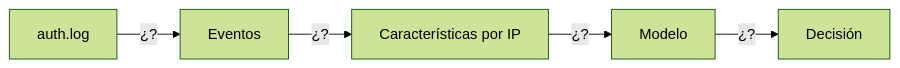
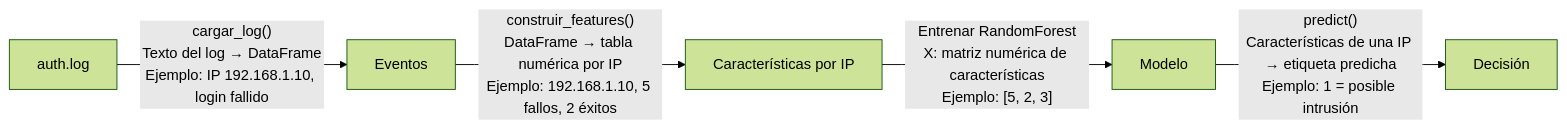
The diagram in Proyecto2/docs/diagrama_flujo.md (DannSchwab/ProyectosPython), drawn with Mermaid (forest theme) before and after one commit. The commit also changed other lines of this file, not shown here.

Commit message:
Actualiza el diagrama de flujo T1

````diff
--- a/Proyecto2/docs/diagrama_flujo.md
+++ b/Proyecto2/docs/diagrama_flujo.md
@@ -10,7 +10,10 @@
 ```mermaid
 flowchart LR
-    A["auth.log"] -->|"¿?"| B["Eventos"]
-    B -->|"¿?"| C["Características por IP"]
-    C -->|"¿?"| D["Modelo"]
-    D -->|"¿?"| E["Decisión"]
+    A["auth.log"] -->|"cargar_log()<br/>Texto del log → DataFrame<br/>Ejemplo: IP 192.168.1.10, login fallido"| B["Eventos"]
+
+    B -->|"construir_features()<br/>DataFrame → tabla numérica por IP<br/>Ejemplo: 192.168.1.10, 5 fallos, 2 éxitos"| C["Características por IP"]
+
+    C -->|"Entrenar RandomForest<br/>X: matriz numérica de características<br/>Ejemplo: [5, 2, 3]"| D["Modelo"]
+
+    D -->|"predict()<br/>Características de una IP → etiqueta predicha<br/>Ejemplo: 1 = posible intrusión"| E["Decisión"]
 ```
````
